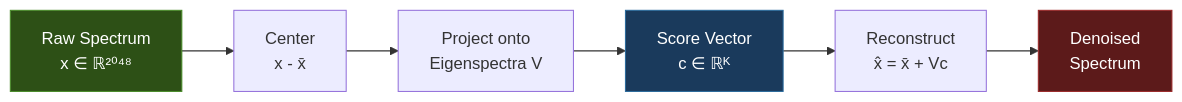
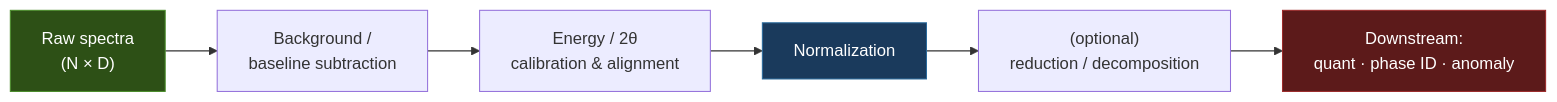
Before and after one commit to ECLIPSE-Lab/public_presentations: the diagram in ml_for_characterization_and_processing/unit09_characterization_signals/10_characterization_signals.qmd, drawn with Mermaid. The commit also changed other lines of this file and 66 other files, not shown here.

````diff
--- a/ml_for_characterization_and_processing/unit09_characterization_signals/10_characterization_signals.qmd
+++ b/ml_for_characterization_and_processing/unit09_characterization_signals/10_characterization_signals.qmd
@@ -201,13 +245,12 @@
 ```{mermaid}
-%%| fig-width: 14
+%%| fig-width: 18
 flowchart LR
-    A["Raw Spectrum<br>x ∈ ℝ²⁰⁴⁸"] --> B["Center<br>x - x̄"]
-    B --> C["Project onto<br>Eigenspectra V"]
-    C --> D["Score Vector<br>c ∈ ℝᴷ"]
-    D --> E["Reconstruct<br>x̂ = x̄ + Vc"]
-    E --> F["Denoised<br>Spectrum"]
-
+    A["Raw spectra<br>(N × D)"] --> B["Background /<br>baseline subtraction"]
+    B --> C["Energy / 2θ<br>calibration & alignment"]
+    C --> D["Normalization"]
+    D --> E["(optional)<br>reduction / decomposition"]
+    E --> F["Downstream:<br>quant · phase ID · anomaly"]
     style A fill:#2d5016,stroke:#4a8c2a,color:#fff
     style D fill:#1a3a5c,stroke:#2a6a9c,color:#fff
     style F fill:#5c1a1a,stroke:#9c2a2a,color:#fff
 ```
````
